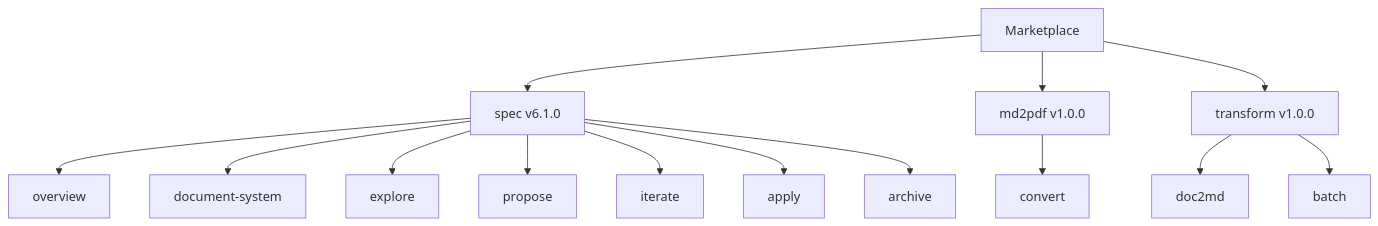
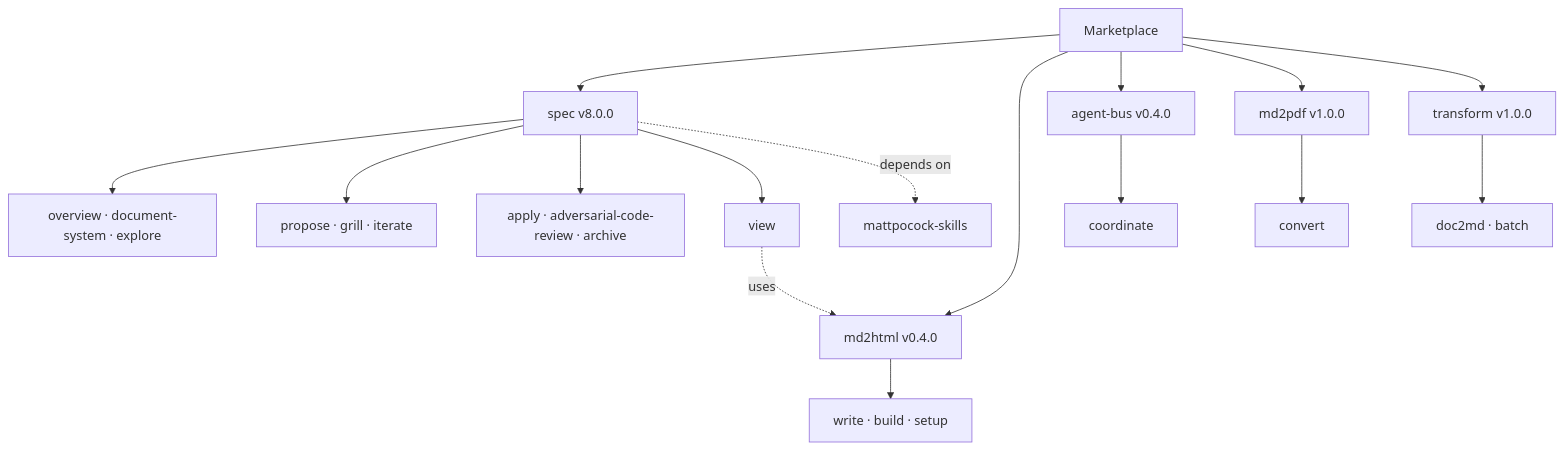
The second of 2 diagrams in specs/system/domain.md (tillg/till-claude-code-marketplace), drawn with Mermaid before and after one commit. The commit also changed other lines of this file and 18 other files, not shown here.

````diff
--- a/specs/system/domain.md
+++ b/specs/system/domain.md
@@ -57,19 +144,20 @@
 ```mermaid
 graph TD
-    M[Marketplace] --> S[spec v6.1.0]
+    M[Marketplace] --> S[spec v8.0.0]
+    M --> H[md2html v0.4.0]
+    M --> B[agent-bus v0.4.0]
     M --> P[md2pdf v1.0.0]
     M --> T[transform v1.0.0]
 
-    S --> S1[overview]
-    S --> S2[document-system]
-    S --> S3[explore]
-    S --> S4[propose]
-    S --> S5[iterate]
-    S --> S6[apply]
-    S --> S7[archive]
+    S --> S1[overview · document-system · explore]
+    S --> S2[propose · grill · iterate]
+    S --> S3[apply · adversarial-code-review · archive]
+    S --> S4[view]
+    S -. depends on .-> MP[mattpocock-skills]
+    S4 -. uses .-> H
 
+    H --> H1[write · build · setup]
+    B --> B1[coordinate]
     P --> P1[convert]
-
-    T --> T1[doc2md]
-    T --> T2[batch]
+    T --> T1[doc2md · batch]
 ```
````
